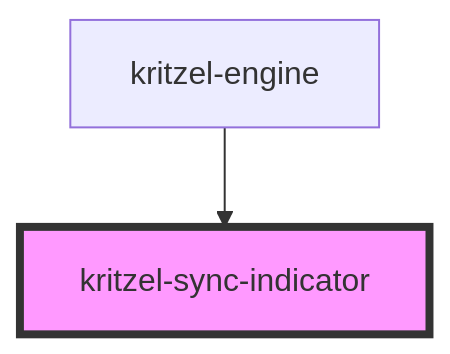
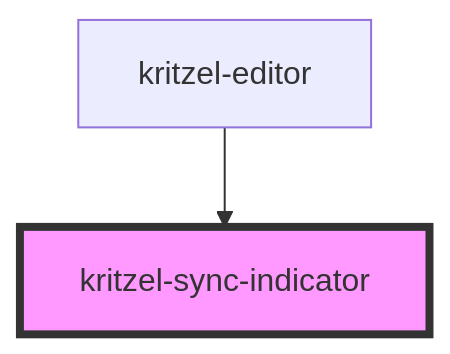
Before and after one commit to kasual1/kritzel: the diagram in libs/kritzel-stencil/src/components/shared/kritzel-sync-indicator/readme.md, drawn with Mermaid. The commit also changed other lines of this file and 17 other files, not shown here.

````diff
--- a/libs/kritzel-stencil/src/components/shared/kritzel-sync-indicator/readme.md
+++ b/libs/kritzel-stencil/src/components/shared/kritzel-sync-indicator/readme.md
@@ -23,5 +23,5 @@
 ```mermaid
 graph TD;
-  kritzel-engine --> kritzel-sync-indicator
+  kritzel-editor --> kritzel-sync-indicator
   style kritzel-sync-indicator fill:#f9f,stroke:#333,stroke-width:4px
 ```
````
